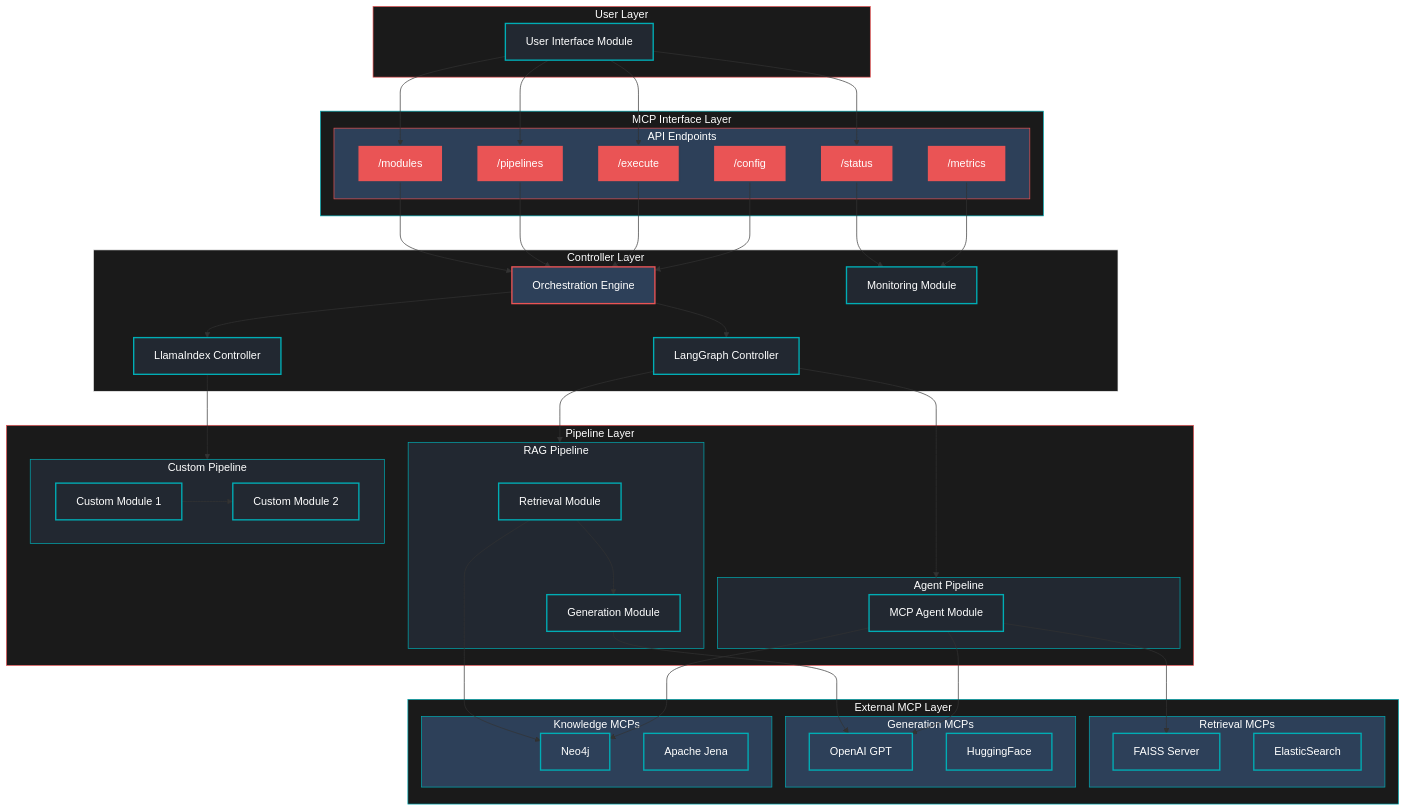
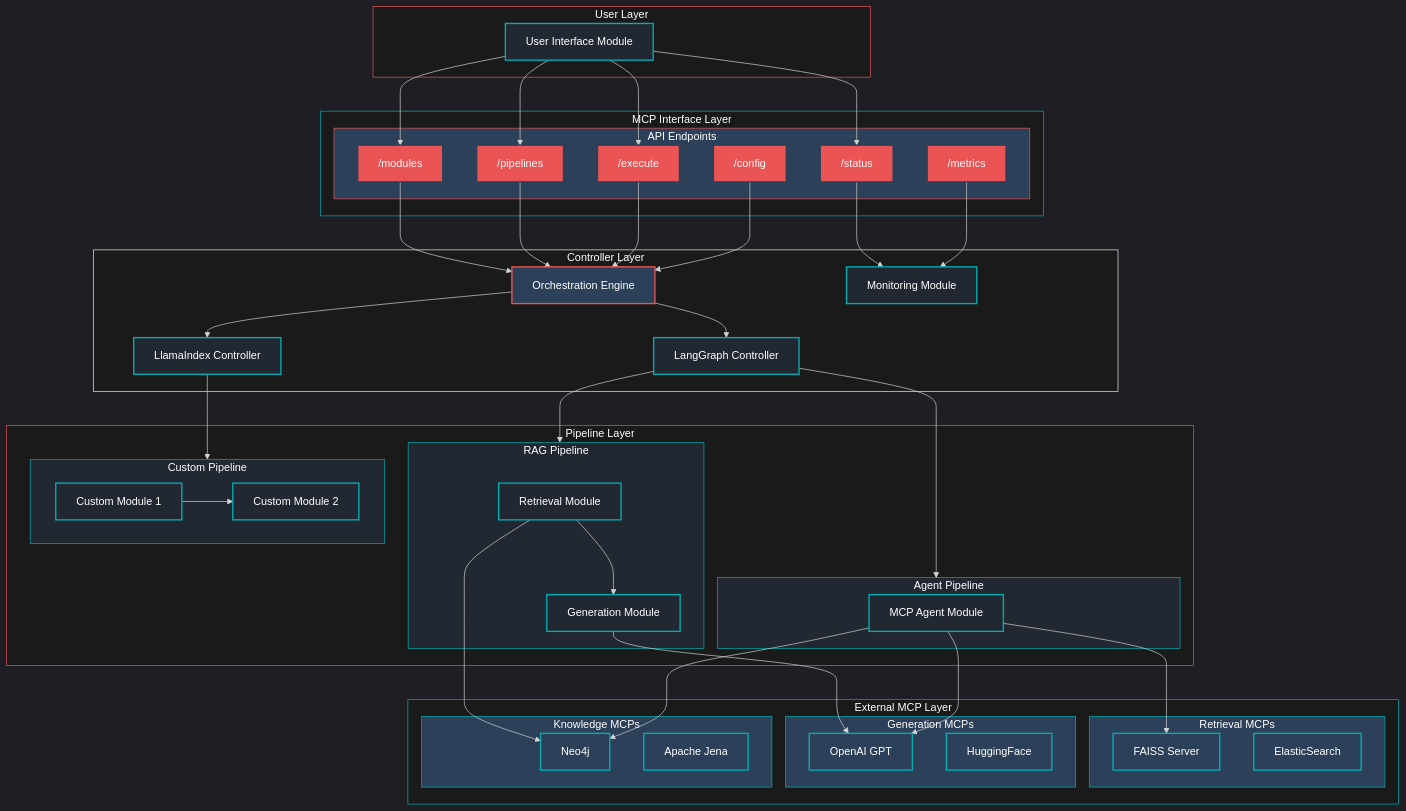
Before and after one commit to Neurumaru/rag-control-mcp: the diagram in README.md, drawn with Mermaid. The commit also changed other lines of this file, not shown here.

Commit message:
README.md를 한국어로 번역하고 아키텍처 다이어그램 추가

````diff
--- a/README.md
+++ b/README.md
@@ -6,4 +49,5 @@
-```mermaid%%{init: {'theme': 'dark'}}%%
+```mermaid
+%%{init: {'theme': 'dark'}}%%
 graph TB
     %% Define layers using subgraphs
     subgraph Layer1[User Layer]
````
